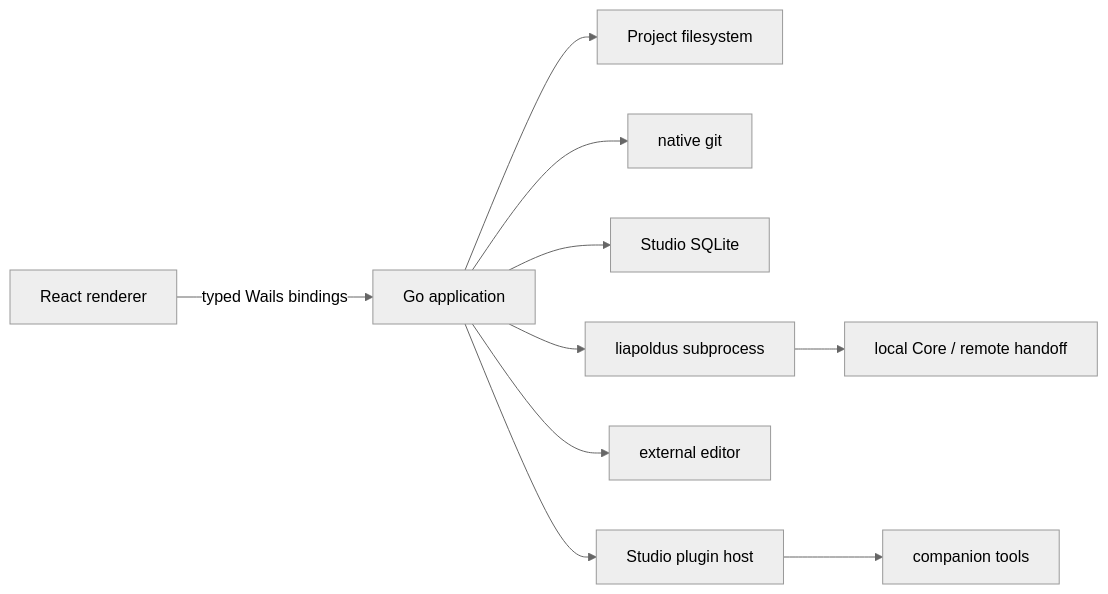
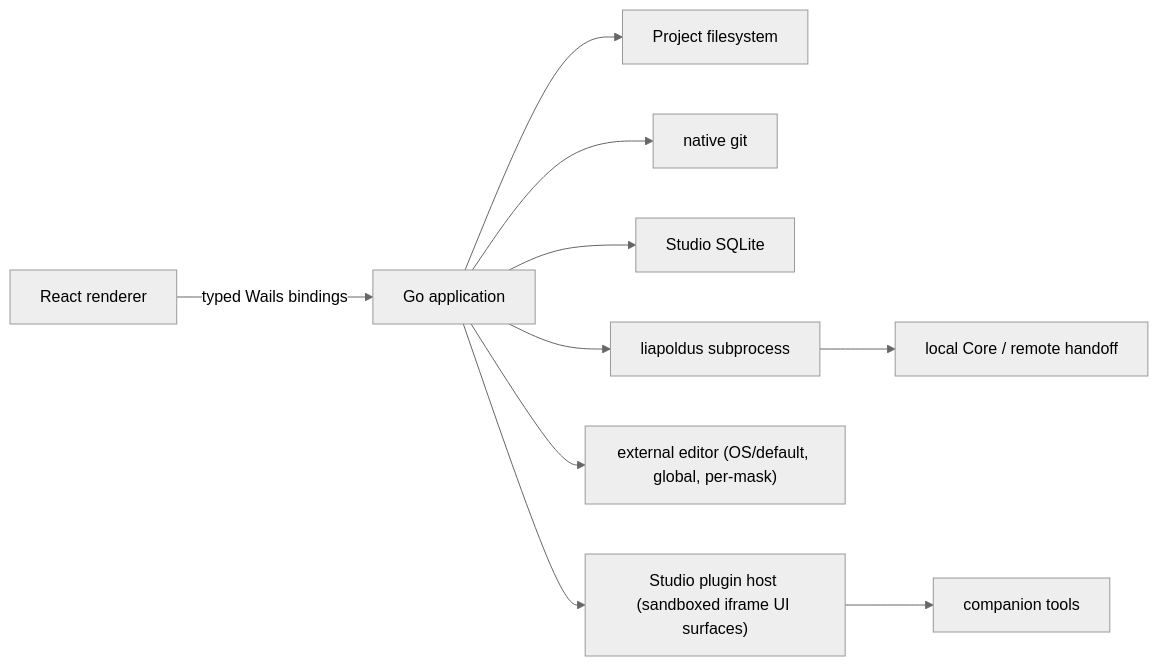
One commit to Liapoldus/studio changed the diagram in docs/technical-architecture.md. Above: the diagram before and after it, drawn with Mermaid (neutral theme). The commit also changed other lines of this file and 147 other files, not shown here.

````diff
--- a/docs/technical-architecture.md
+++ b/docs/technical-architecture.md
@@ -20,12 +22,12 @@
 ```mermaid
 flowchart LR
     UI["React renderer"] -->|typed Wails bindings| APP["Go application"]
     APP --> FS["Project filesystem"]
     APP --> GIT["native git"]
     APP --> DB["Studio SQLite"]
     APP --> CLI["liapoldus subprocess"]
     CLI --> CORE["local Core / remote handoff"]
-    APP --> EXT["external editor"]
-    APP --> HOST["Studio plugin host"]
+    APP --> EXT["external editor (OS/default, global, per-mask)"]
+    APP --> HOST["Studio plugin host (sandboxed iframe UI surfaces)"]
     HOST --> TOOLS["companion tools"]
 ```
````
